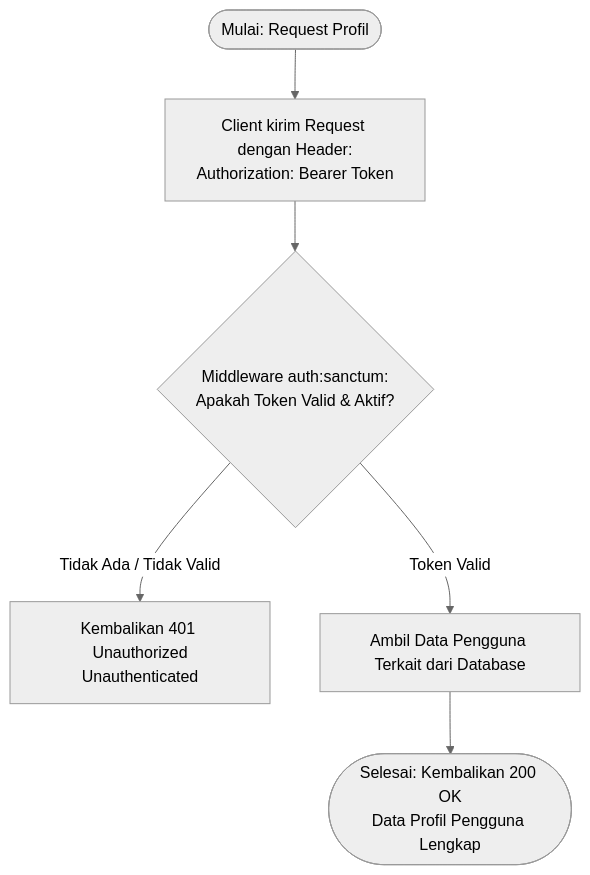
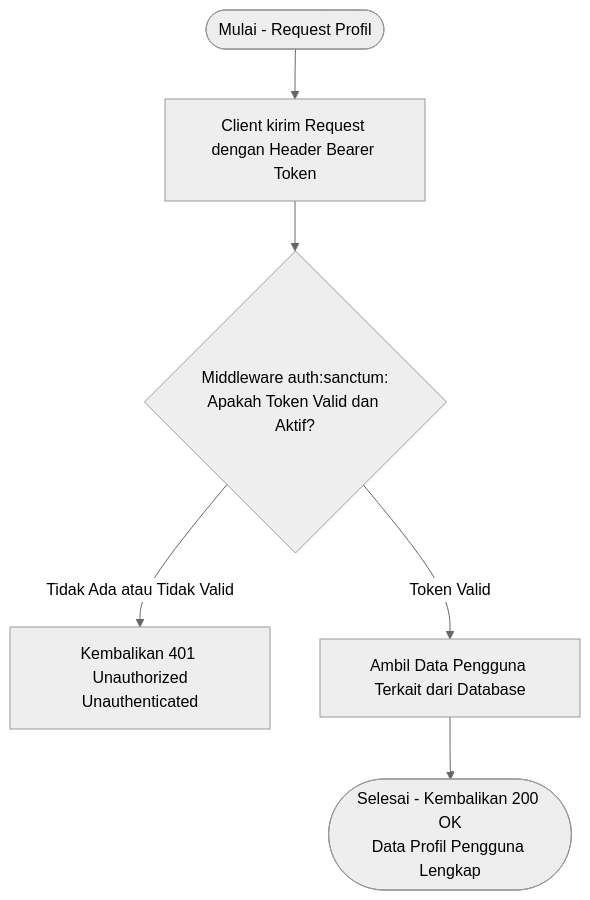
Before and after one commit to nabilkencana/Laravel-UKL: the tenth of 10 diagrams in README.md, drawn with Mermaid (neutral theme). The commit also changed other lines of this file, not shown here.

Commit message:
Update README.md; improve clarity in sequence diagrams and flowcharts for user authentication processes

````diff
--- a/README.md
+++ b/README.md
@@ -486,8 +485,8 @@
 ```mermaid
 flowchart TD
-    A([Mulai: Request Profil]) --> B[Client kirim Request dengan Header:<br/>Authorization: Bearer Token]
-    B --> C{Middleware auth:sanctum:<br/>Apakah Token Valid & Aktif?}
-    C -- Tidak Ada / Tidak Valid --> D[Kembalikan 401 Unauthorized<br/>Unauthenticated]
-    C -- Token Valid --> E[Ambil Data Pengguna Terkait dari Database]
-    E --> F([Selesai: Kembalikan 200 OK<br/>Data Profil Pengguna Lengkap])
+    A(["Mulai - Request Profil"]) --> B["Client kirim Request dengan Header Bearer Token"]
+    B --> C{"Middleware auth:sanctum:<br/>Apakah Token Valid dan Aktif?"}
+    C -- Tidak Ada atau Tidak Valid --> D["Kembalikan 401 Unauthorized<br/>Unauthenticated"]
+    C -- Token Valid --> E["Ambil Data Pengguna Terkait dari Database"]
+    E --> F(["Selesai - Kembalikan 200 OK<br/>Data Profil Pengguna Lengkap"])
 ```
````
